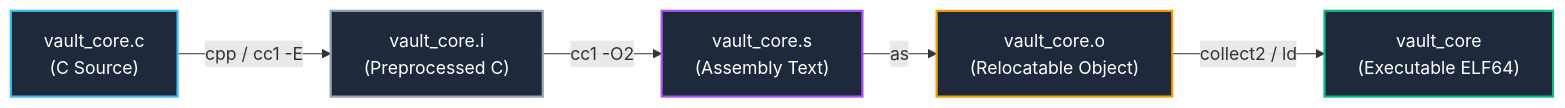
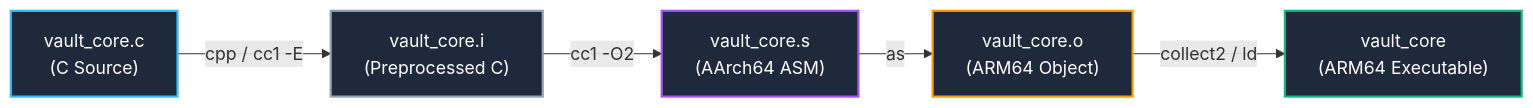
The diagram in docs/en/principles/06-compilation-and-elf.md (auking45/linux-kernel-hardening-lab), drawn with Mermaid before and after one commit. The commit also changed other lines of this file and 23 other files, not shown here.

First line of the commit message:
feat(principles): transition labs 06-09 and docs to AArch64 default dual architecture

````diff
--- a/docs/en/principles/06-compilation-and-elf.md
+++ b/docs/en/principles/06-compilation-and-elf.md
@@ -30,13 +31,13 @@
 ```mermaid
 flowchart LR
     A["vault_core.c<br/>(C Source)"] -->|cpp / cc1 -E| B["vault_core.i<br/>(Preprocessed C)"]
-    B -->|cc1 -O2| C["vault_core.s<br/>(Assembly Text)"]
-    C -->|as| D["vault_core.o<br/>(Relocatable Object)"]
-    D -->|collect2 / ld| E["vault_core<br/>(Executable ELF64)"]
+    B -->|cc1 -O2| C["vault_core.s<br/>(AArch64 ASM)"]
+    C -->|as| D["vault_core.o<br/>(ARM64 Object)"]
+    D -->|collect2 / ld| E["vault_core<br/>(ARM64 Executable)"]
 
     style A fill:#1e293b,stroke:#38bdf8,stroke-width:2px,color:#fff
     style B fill:#1e293b,stroke:#94a3b8,stroke-width:2px,color:#fff
     style C fill:#1e293b,stroke:#a855f7,stroke-width:2px,color:#fff
     style D fill:#1e293b,stroke:#f59e0b,stroke-width:2px,color:#fff
     style E fill:#1e293b,stroke:#10b981,stroke-width:2px,color:#fff
 ```
````
